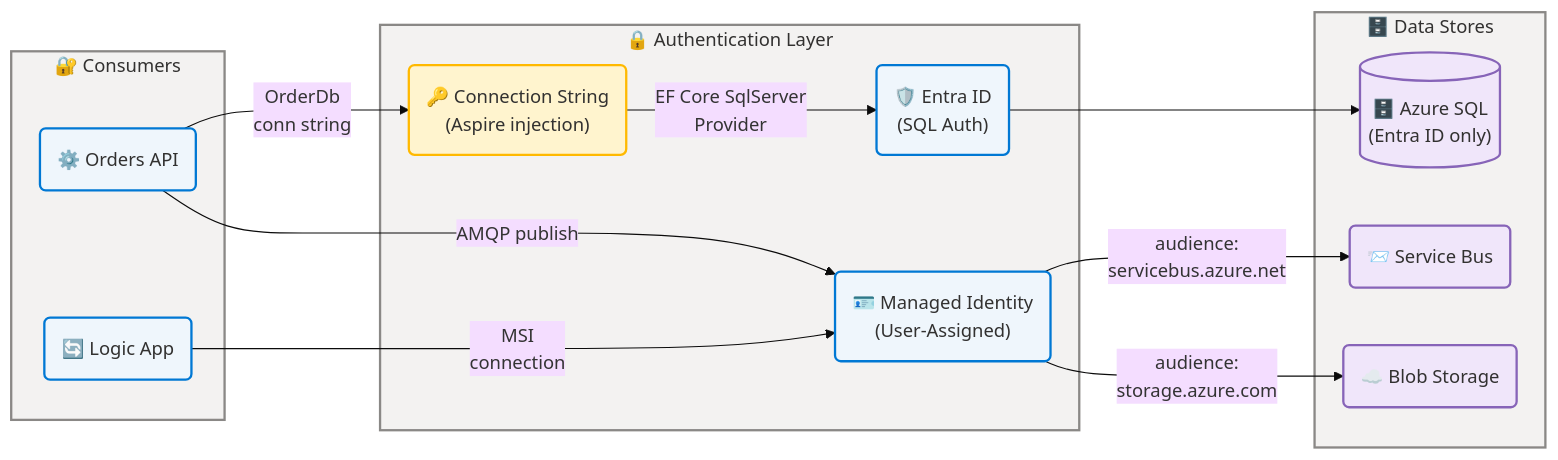
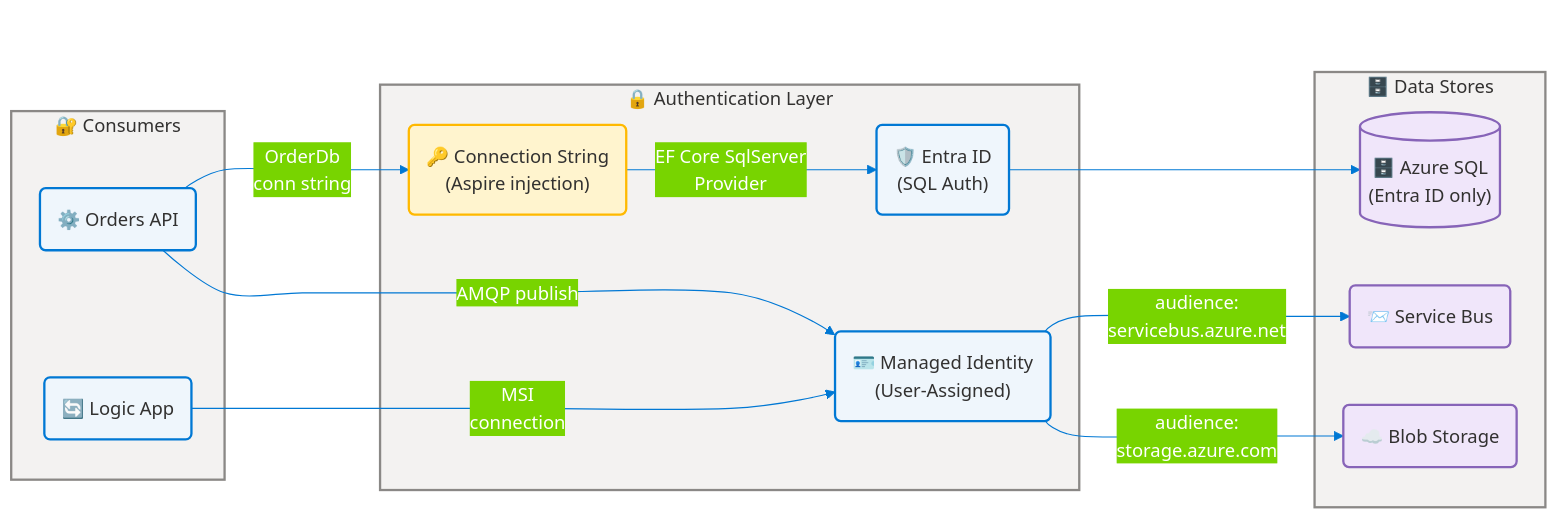
One commit to Evilazaro/Azure-LogicApps-Monitoring changed the seventh of 7 diagrams in docs/architecture/data-architecture.md. Above: the diagram before and after it, drawn with Mermaid. The commit also changed other lines of this file, not shown here.

Commit message:
Enhance Mermaid diagrams with improved titles, styling, and curve settings for better clarity and consistency

````diff
--- a/docs/architecture/data-architecture.md
+++ b/docs/architecture/data-architecture.md
@@ -975,69 +1011,75 @@
 ```mermaid
 ---
+title: Data Access Control Model
 config:
   theme: base
   look: classic
   layout: dagre
   themeVariables:
     fontSize: '16px'
+    primaryColor: '#0078D4'
+    primaryBorderColor: '#106EBE'
+    primaryTextColor: '#FFFFFF'
+    lineColor: '#0078D4'
   flowchart:
     htmlLabels: true
+    curve: cardinal
 ---
 flowchart LR
     accTitle: Data Access Control Model
     accDescr: Shows how Managed Identity, Entra ID, and connection strings control access to Azure SQL, Service Bus, and Blob Storage from the Orders API and Logic App.
 
     %% ═══════════════════════════════════════════════════════════════════════════
     %% AZURE / FLUENT ARCHITECTURE PATTERN v1.1
     %% (Semantic + Structural + Font + Accessibility Governance)
     %% ═══════════════════════════════════════════════════════════════════════════
     %% PHASE 1 - FLUENT UI: All styling uses approved Fluent UI palette only
     %% PHASE 2 - GROUPS: Every subgraph has semantic color via style directive
     %% PHASE 3 - COMPONENTS: Every node has semantic classDef + icon prefix
     %% PHASE 4 - ACCESSIBILITY: accTitle/accDescr present, WCAG AA contrast
     %% PHASE 5 - STANDARD: Governance block present, classDefs centralized
     %% ═══════════════════════════════════════════════════════════════════════════
 
     subgraph Consumers["🔐 Consumers"]
         API("⚙️ Orders API")
         LA("🔄 Logic App")
     end
 
     subgraph AuthLayer["🔒 Authentication Layer"]
         CS("🔑 Connection String\n(Aspire injection)")
         MSI("🪪 Managed Identity\n(User-Assigned)")
         ENTRA("🛡️ Entra ID\n(SQL Auth)")
     end
 
     subgraph DataStores["🗄️ Data Stores"]
         SQL[("🗄️ Azure SQL\n(Entra ID only)")]
         SBus("📨 Service Bus")
         Blob("☁️ Blob Storage")
     end
 
     API -->|"OrderDb\nconn string"| CS
     CS -->|"EF Core SqlServer\nProvider"| ENTRA
     ENTRA --> SQL
     API -->|"AMQP publish"| MSI
     MSI -->|"audience:\nservicebus.azure.net"| SBus
     LA -->|"MSI\nconnection"| MSI
     MSI -->|"audience:\nstorage.azure.com"| Blob
 
     style Consumers fill:#F3F2F1,stroke:#8A8886,stroke-width:2px,color:#323130
     style AuthLayer fill:#F3F2F1,stroke:#8A8886,stroke-width:2px,color:#323130
     style DataStores fill:#F3F2F1,stroke:#8A8886,stroke-width:2px,color:#323130
 
     classDef core fill:#EFF6FC,stroke:#0078D4,stroke-width:2px,color:#323130
     classDef data fill:#F0E6FA,stroke:#8764B8,stroke-width:2px,color:#323130
     classDef warning fill:#FFF4CE,stroke:#FFB900,stroke-width:2px,color:#323130
     classDef danger fill:#FDE7E9,stroke:#D13438,stroke-width:2px,color:#323130
 
     API:::core
     LA:::core
     CS:::warning
     MSI:::core
     ENTRA:::core
     SQL:::data
     SBus:::data
     Blob:::data
 ```
````
